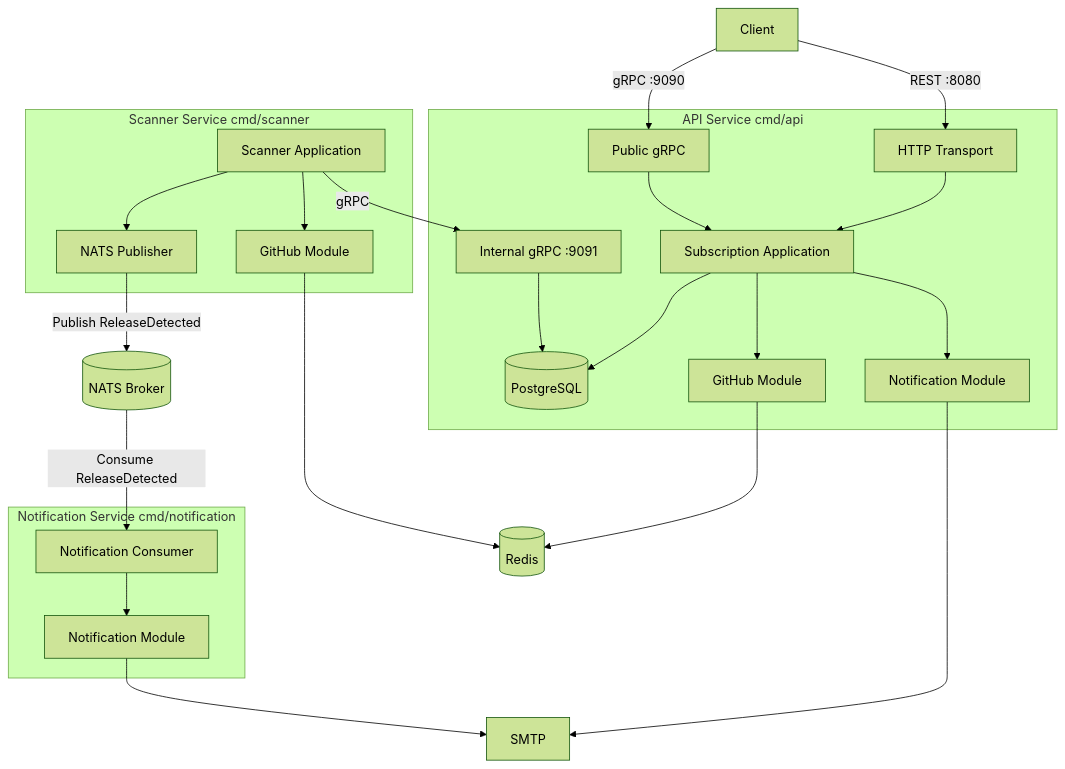
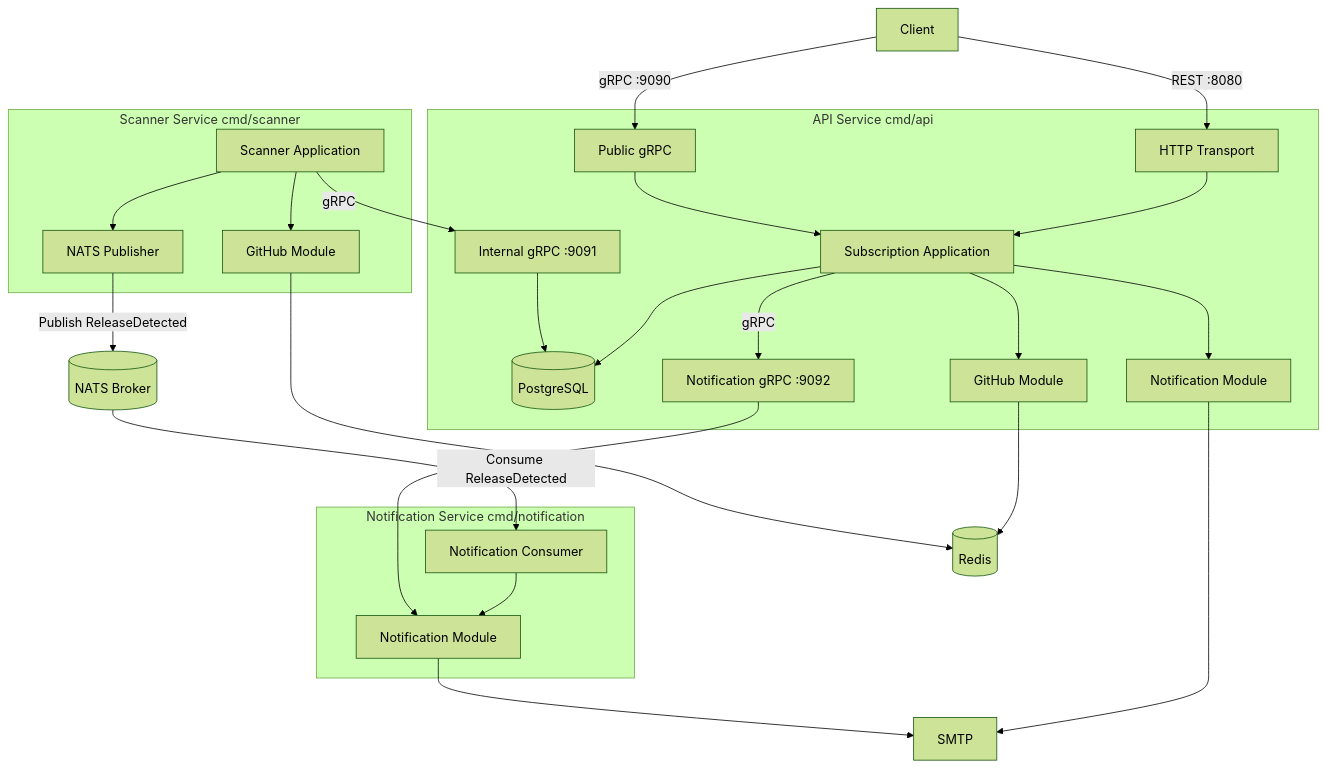
One commit to GenesisEducationKyiv/software-engineering-school-6-0-RainbowHawk1993 changed the first of 4 diagrams in docs/architecture.md. Above: the diagram before and after it, drawn with Mermaid (forest theme). The commit also changed other lines of this file and 23 other files, not shown here.

````diff
--- a/docs/architecture.md
+++ b/docs/architecture.md
@@ -48,28 +48,30 @@
 ```mermaid
 graph TD
     Client[Client] -->|REST :8080| HTTP[HTTP Transport]
     Client -->|gRPC :9090| PublicGRPC[Public gRPC]
 
     subgraph apiSvc [API Service cmd/api]
         HTTP & PublicGRPC --> SubApp[Subscription Application]
         SubApp --> SubStore[(PostgreSQL)]
         SubApp --> GHMod[GitHub Module]
         SubApp --> NotifMod[Notification Module]
         InternalGRPC[Internal gRPC :9091] --> SubStore
+        SubApp -->|gRPC| NotifGRPC[Notification gRPC :9092]
     end
 
     subgraph scannerSvc [Scanner Service cmd/scanner]
         ScanApp[Scanner Application] -->|gRPC| InternalGRPC
         ScanApp --> GHMod2[GitHub Module]
         ScanApp --> NATSClient[NATS Publisher]
     end
 
     subgraph notifSvc [Notification Service cmd/notification]
         NotifConsumer[Notification Consumer] --> NotifMod2[Notification Module]
+        NotifGRPC --> NotifMod2
     end
 
     GHMod & GHMod2 --> Redis[(Redis)]
     NATSClient -->|Publish ReleaseDetected| NATS[(NATS Broker)]
     NATS -->|Consume ReleaseDetected| NotifConsumer
     NotifMod & NotifMod2 --> SMTP[SMTP]
 ```
````
